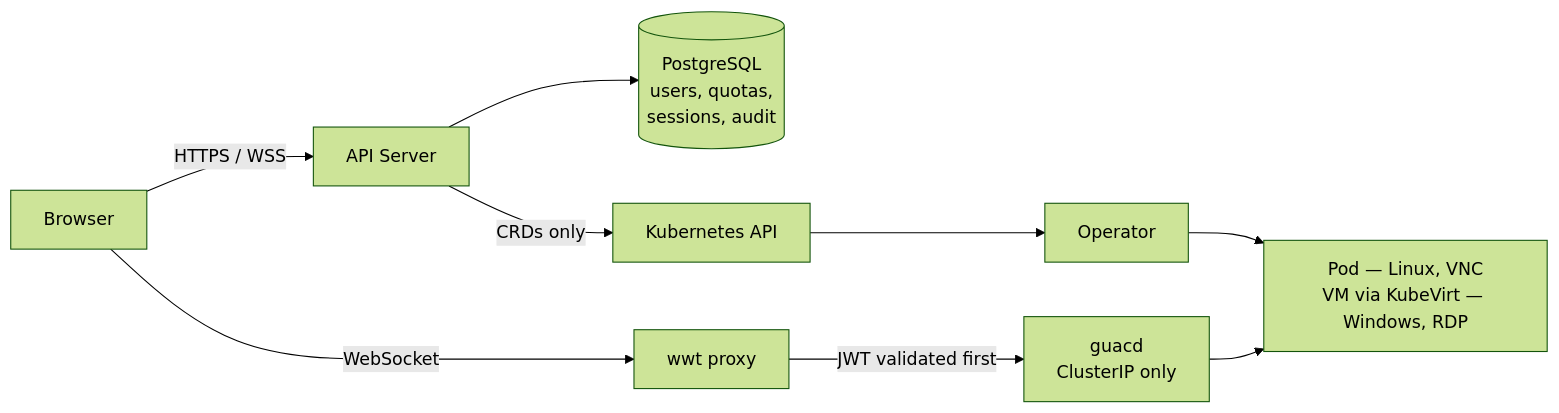
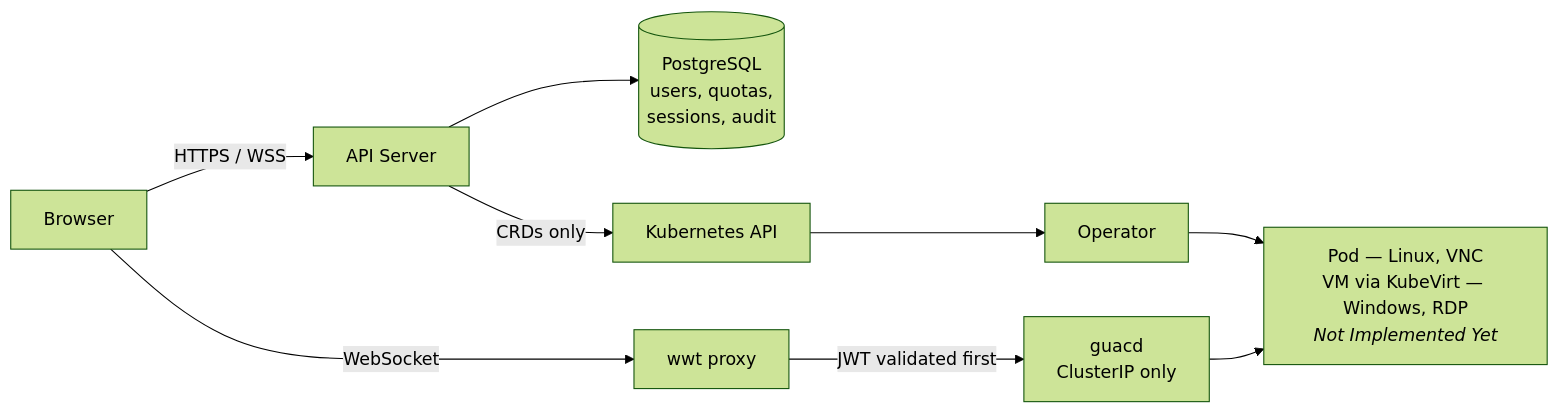
One commit to XoRHub/website changed the diagram in docs/intro.md. Above: the diagram before and after it, drawn with Mermaid (forest theme). The commit also changed other lines of this file and 3 other files, not shown here.

Commit message:
chore(next): specify that Kubevirt is not yet implemented

````diff
--- a/docs/intro.md
+++ b/docs/intro.md
@@ -44,11 +44,11 @@
 ```mermaid
 flowchart LR
     B[Browser] -->|HTTPS / WSS| A[API Server]
     A --> P[(PostgreSQL<br/>users, quotas,<br/>sessions, audit)]
     A -->|CRDs only| K[Kubernetes API]
     K --> O[Operator]
-    O --> W[Pod — Linux, VNC<br/>VM via KubeVirt — Windows, RDP]
+    O --> W[Pod — Linux, VNC<br/>VM via KubeVirt — Windows, RDP<br/><i>Not Implemented Yet</i>]
     B -->|WebSocket| X[wwt proxy]
     X -->|JWT validated first| G[guacd<br/>ClusterIP only]
     G --> W
 ```
````
